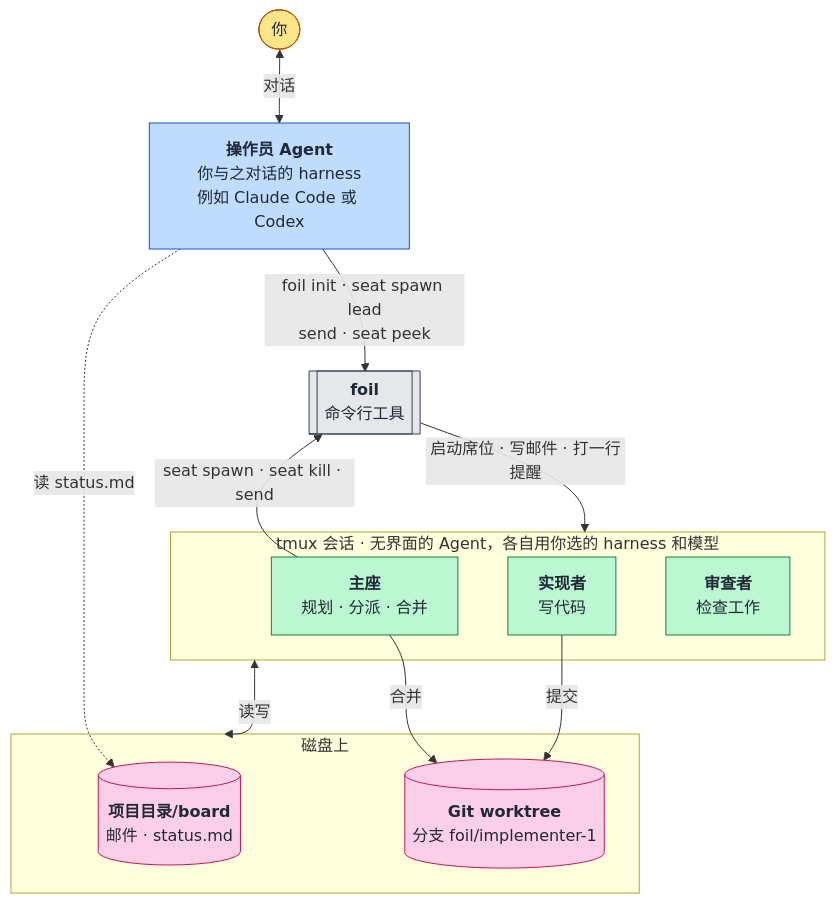
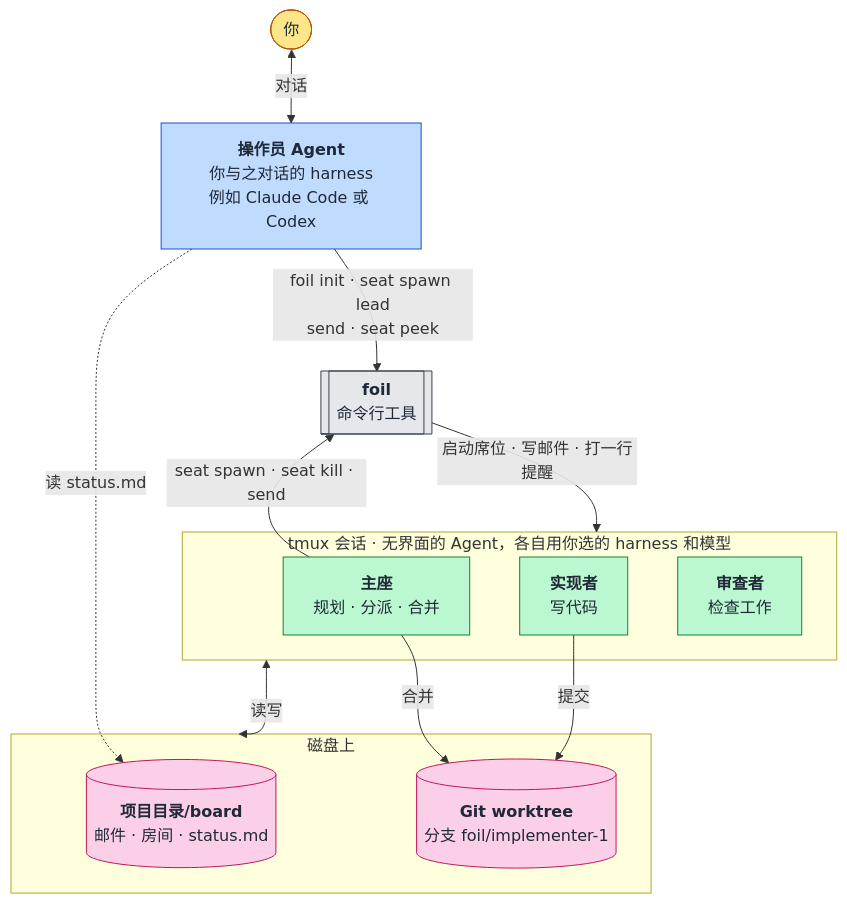
The diagram in README.zh-CN.md (TiantianFlow/foil), drawn with Mermaid before and after one commit. The commit also changed other lines of this file and 16 other files, not shown here.

````diff
--- a/README.zh-CN.md
+++ b/README.zh-CN.md
@@ -36,37 +36,37 @@
 ```mermaid
 flowchart TB
   you(["你"])
   operator["<b>操作员 Agent</b><br/>你与之对话的 harness<br/>例如 Claude Code 或 Codex"]
   foil[["<b>foil</b><br/>命令行工具"]]
 
   subgraph fleet["tmux 会话 · 无界面的 Agent，各自用你选的 harness 和模型"]
     lead["<b>主座</b><br/>规划 · 分派 · 合并"]
     impl["<b>实现者</b><br/>写代码"]
     rev["<b>审查者</b><br/>检查工作"]
   end
 
   subgraph disk["磁盘上"]
-    board[("<b>项目目录/board</b><br/>邮件 · status.md")]
+    board[("<b>项目目录/board</b><br/>邮件 · 房间 · status.md")]
     tree[("<b>Git worktree</b><br/>分支 foil/implementer-1")]
   end
 
   you <-->|对话| operator
   operator -->|"foil init · seat spawn lead<br/>send · seat peek"| foil
   lead -->|"seat spawn · seat kill · send"| foil
   foil -->|"启动席位 · 写邮件 · 打一行提醒"| fleet
   fleet <-->|读写| disk
   impl -->|提交| tree
   lead -->|合并| tree
   operator -.->|读 status.md| board
 
   classDef human fill:#fde68a,stroke:#b45309,color:#1f2937
   classDef yours fill:#bfdbfe,stroke:#1d4ed8,color:#1f2937
   classDef tool fill:#e5e7eb,stroke:#374151,color:#1f2937
   classDef seat fill:#bbf7d0,stroke:#15803d,color:#1f2937
   classDef data fill:#fbcfe8,stroke:#be185d,color:#1f2937
   class you human
   class operator yours
   class foil tool
   class lead,impl,rev seat
   class board,tree data
 ```
````
